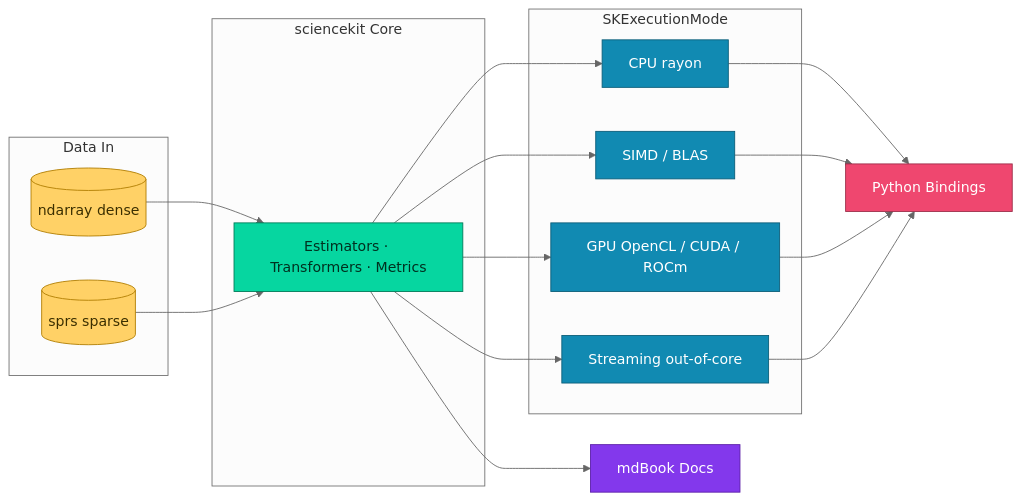
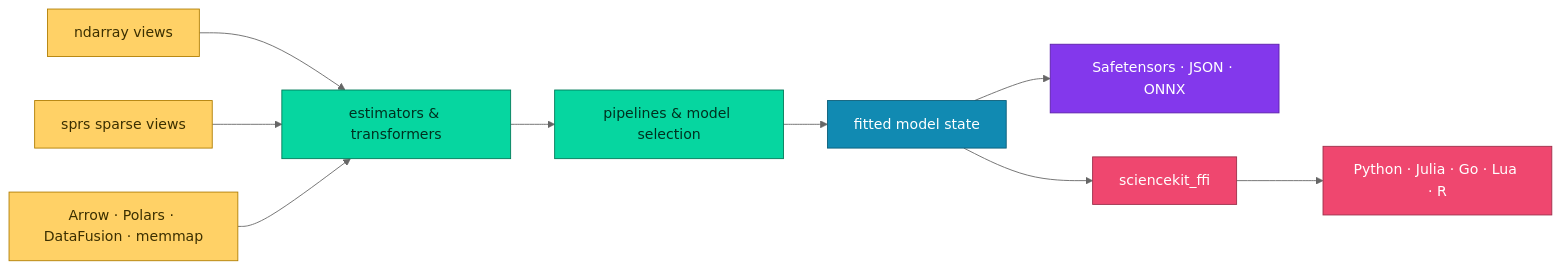
Before and after one commit to neurono-ml/sciencekit: the diagram in README.md, drawn with Mermaid (neutral theme). The commit also changed other lines of this file, not shown here.

````diff
--- a/README.md
+++ b/README.md
@@ -21,34 +18,20 @@
 ```mermaid
 flowchart LR
-    subgraph Data["Data In"]
-        A[("ndarray dense")]:::data
-        B[("sprs sparse")]:::data
-    end
-    subgraph Core["sciencekit Core"]
-        C["Estimators · Transformers · Metrics"]:::algo
-    end
-    subgraph Exec["SKExecutionMode"]
-        D["CPU rayon"]:::exec
-        E["SIMD / BLAS"]:::exec
-        F["GPU OpenCL / CUDA / ROCm"]:::exec
-        G["Streaming out-of-core"]:::exec
-    end
-    H["Python Bindings"]:::bind
-    I["mdBook Docs"]:::doc
-    A --> C
-    B --> C
-    C --> D
-    C --> E
-    C --> F
-    C --> G
-    D --> H
-    E --> H
-    F --> H
-    G --> H
-    C --> I
+    accTitle: sciencekit data path
+    accDescr: Dense ndarray and sparse sprs inputs flow through estimators, pipelines and model selection into fitted models, which export to Safetensors, JSON or ONNX and power the C ABI bindings.
+
+    DENSE["ndarray views"]:::data --> EST["estimators & transformers"]:::core
+    SPARSE["sprs sparse views"]:::data --> EST
+    SOURCES["Arrow · Polars · DataFusion · memmap"]:::data --> EST
+    EST --> PIPE["pipelines & model selection"]:::core
+    PIPE --> MODEL["fitted model state"]:::model
+    MODEL --> EXPORT["Safetensors · JSON · ONNX"]:::export
+    MODEL --> FFI["sciencekit_ffi"]:::bind
+    FFI --> BIND["Python · Julia · Go · Lua · R"]:::bind
+
     classDef data fill:#ffd166,stroke:#b07d00,color:#3b2f00
-    classDef algo fill:#06d6a0,stroke:#007a58,color:#00301f
-    classDef exec fill:#118ab2,stroke:#0b5d78,color:#ffffff
+    classDef core fill:#06d6a0,stroke:#007a58,color:#00301f
+    classDef model fill:#118ab2,stroke:#0b5d78,color:#ffffff
+    classDef export fill:#8338ec,stroke:#5b1fa8,color:#ffffff
     classDef bind fill:#ef476f,stroke:#9c2e49,color:#ffffff
-    classDef doc fill:#8338ec,stroke:#5b1fa8,color:#ffffff
 ```
````
